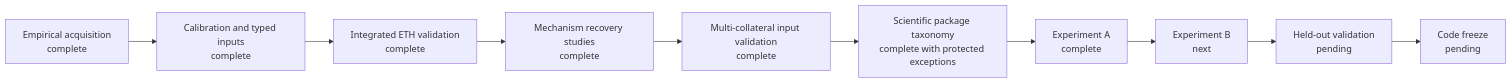
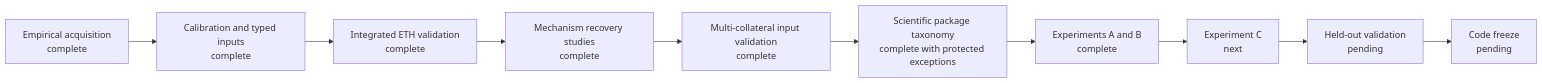
Before and after one commit to VeroniCup/dai-abm-simulation: the second of 2 diagrams in docs/overview/project_structure.md, drawn with Mermaid. The commit also changed other lines of this file and 21 other files, not shown here.

````diff
--- a/docs/overview/project_structure.md
+++ b/docs/overview/project_structure.md
@@ -86,15 +87,15 @@
 ```mermaid
 flowchart LR
     A["Empirical acquisition<br/>complete"]
     B["Calibration and typed inputs<br/>complete"]
     C["Integrated ETH validation<br/>complete"]
     D["Mechanism recovery studies<br/>complete"]
     E["Multi-collateral input validation<br/>complete"]
     T["Scientific package taxonomy<br/>complete with protected exceptions"]
-    F["Experiment A<br/>complete"]
-    B2["Experiment B<br/>next"]
+    F["Experiments A and B<br/>complete"]
+    B2["Experiment C<br/>next"]
     G["Held-out validation<br/>pending"]
     H["Code freeze<br/>pending"]
 
     A --> B --> C --> D --> E --> T --> F --> B2 --> G --> H
 ```
````
